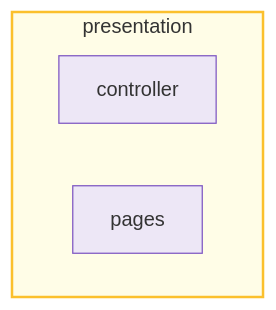
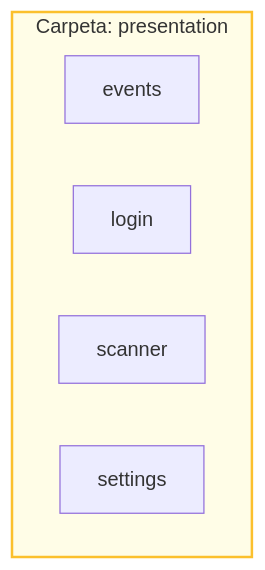
One commit to ManuelPavonBuendia/AppEntradas changed the fifth of 5 diagrams in README.md. Above: the diagram before and after it, drawn with Mermaid.

Commit message:
readme presentation actualizado

````diff
--- a/README.md
+++ b/README.md
@@ -112,12 +112,13 @@
 ```mermaid
 graph LR
-    subgraph presentation [presentation]
+    subgraph presentation [Carpeta: presentation]
         direction LR
-        controller[controller]
-        pages[pages]
+        events[events]
+        login[login]
+        scanner[scanner]
+        settings[settings]
     end
 
     style presentation fill:#fffde7,stroke:#fbc02d,stroke-width:2px
-    style controller fill:#ede7f6,stroke:#7e57c2
-    style pages fill:#ede7f6,stroke:#7e57c2
+
 ```
````
